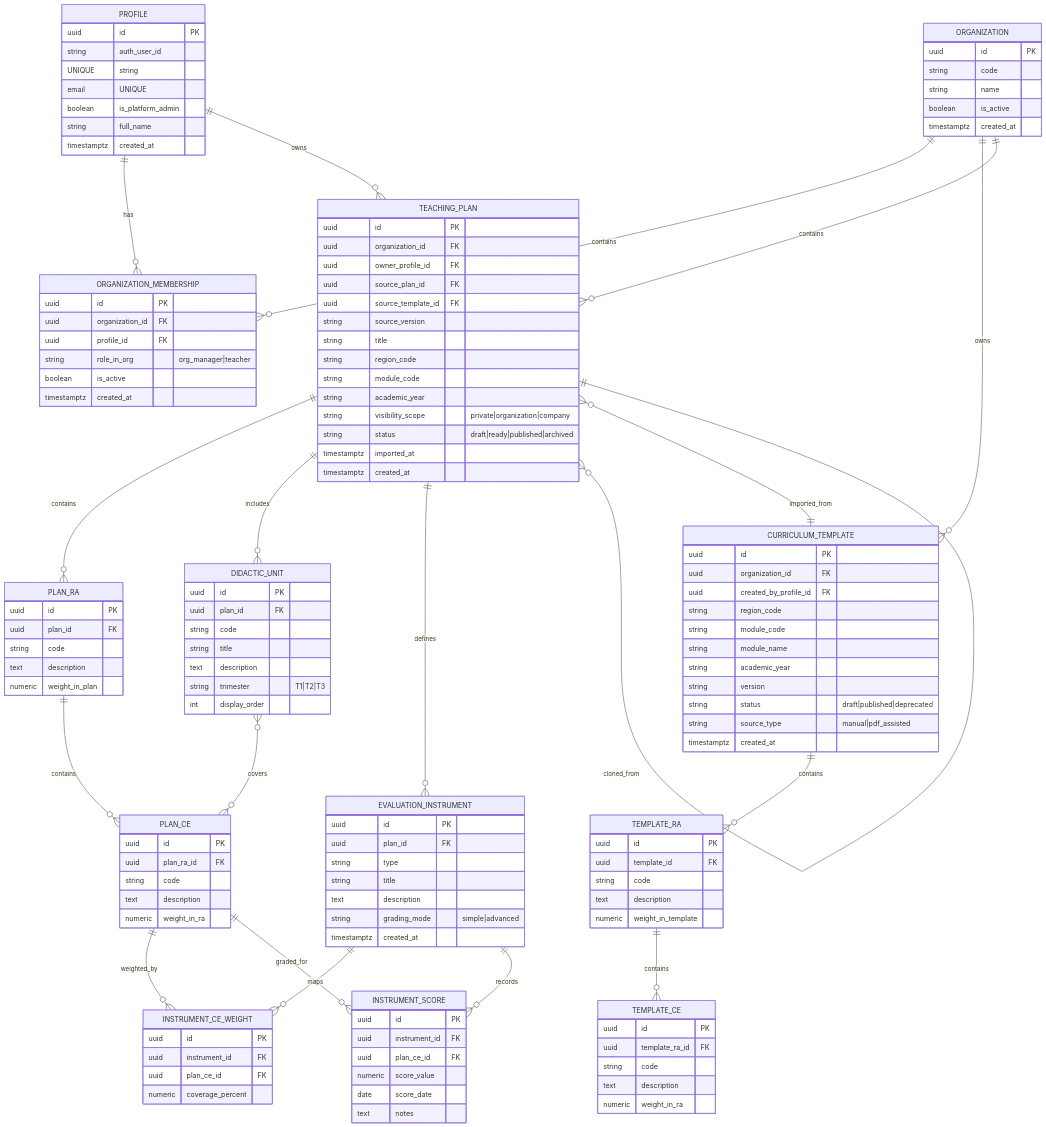
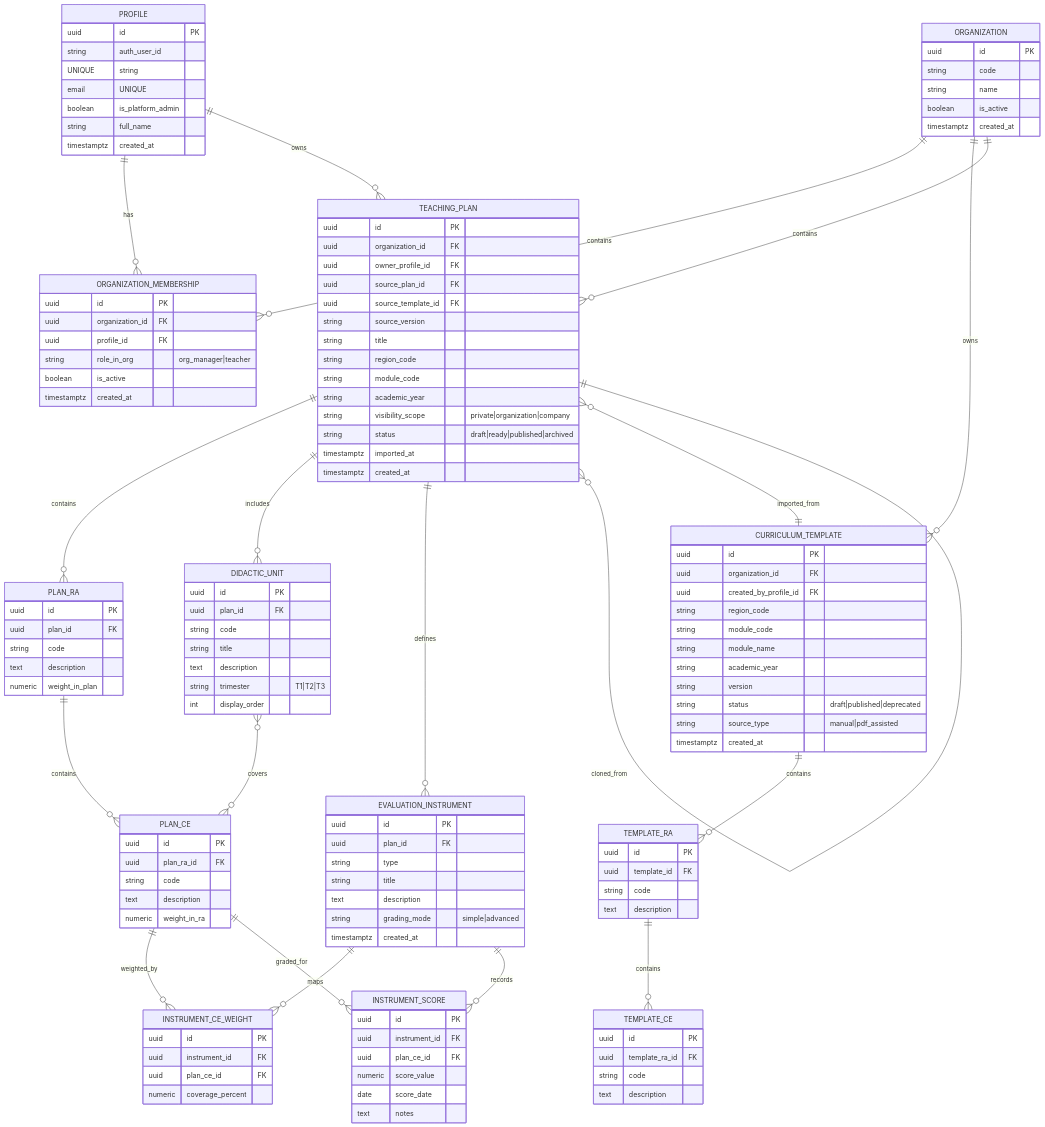
The second of 4 diagrams in docs/ARCHITECTURE.md (smontes-profe/Program-Planner), drawn with Mermaid before and after one commit. The commit also changed other lines of this file and 14 other files, not shown here.

```diff
--- a/docs/ARCHITECTURE.md
+++ b/docs/ARCHITECTURE.md
@@ -108,7 +108,6 @@
         uuid template_id FK
         string code
         text description
-        numeric weight_in_template
     }
 
     TEMPLATE_CE {
@@ -116,7 +115,6 @@
         uuid template_ra_id FK
         string code
         text description
-        numeric weight_in_ra
     }
 
     TEACHING_PLAN {
```
